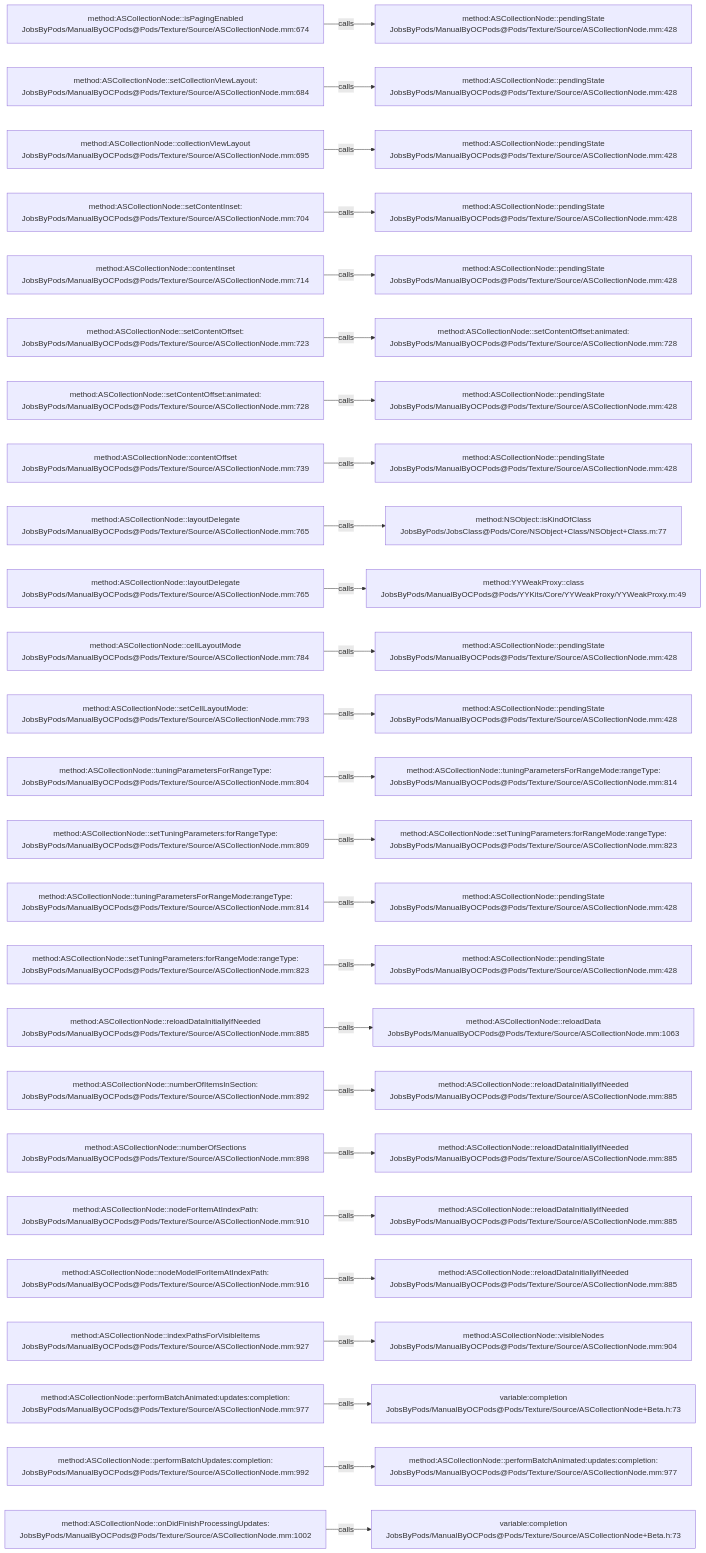
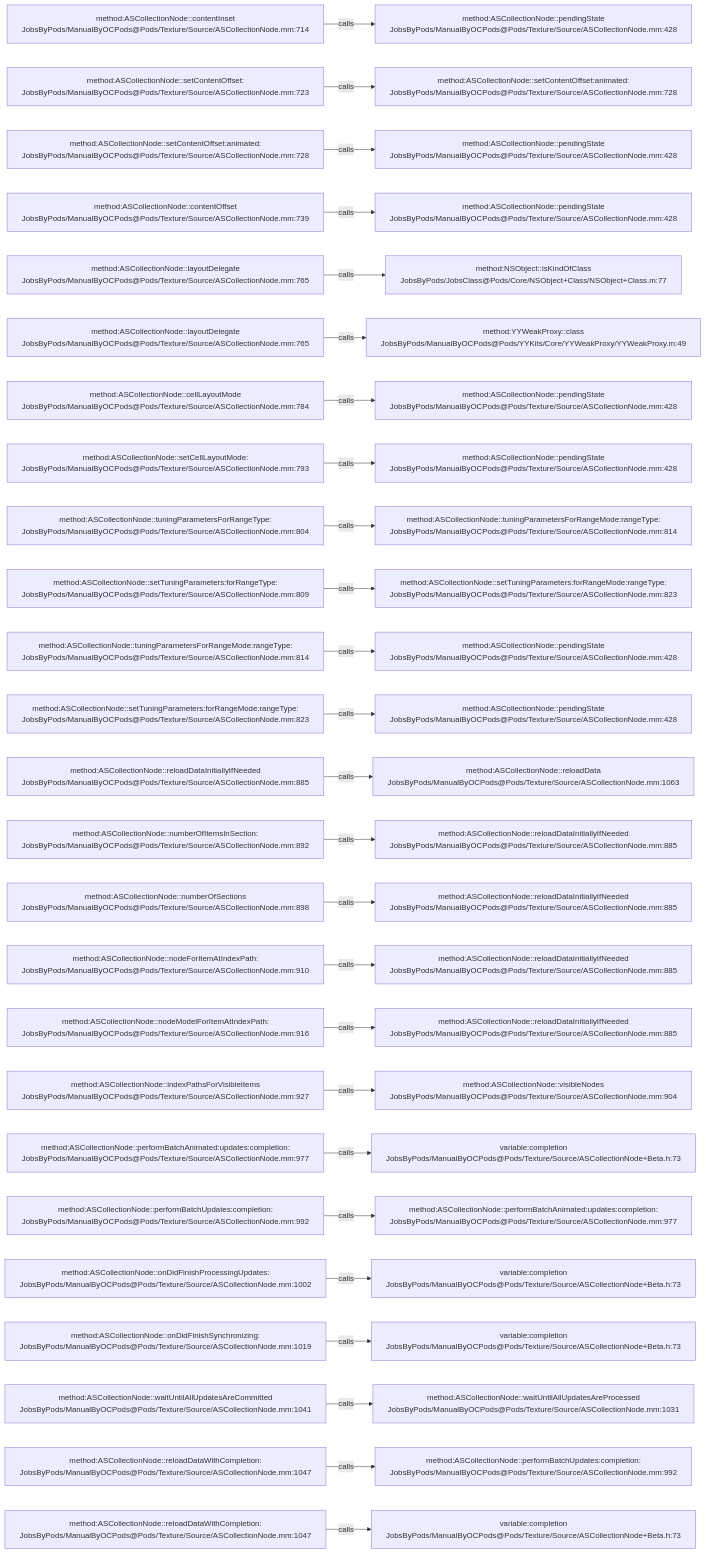
Before and after one commit to JobsKits/JobsOCBaseConfigDemo: the diagram in .codegraph/codegraph.md/graphs/calls-076.md, drawn with Mermaid. The commit also changed 727 other files, not shown here.

````diff
--- a/.codegraph/codegraph.md/graphs/calls-076.md
+++ b/.codegraph/codegraph.md/graphs/calls-076.md
@@ -13,78 +13,78 @@
 ```mermaid
 flowchart LR
-  S1["method:ASCollectionNode::isPagingEnabled<br/>JobsByPods/ManualByOCPods@Pods/Texture/Source/ASCollectionNode.mm:674"]
+  S1["method:ASCollectionNode::contentInset<br/>JobsByPods/ManualByOCPods@Pods/Texture/Source/ASCollectionNode.mm:714"]
   T1["method:ASCollectionNode::pendingState<br/>JobsByPods/ManualByOCPods@Pods/Texture/Source/ASCollectionNode.mm:428"]
   S1 -->|calls| T1
-  S2["method:ASCollectionNode::setCollectionViewLayout:<br/>JobsByPods/ManualByOCPods@Pods/Texture/Source/ASCollectionNode.mm:684"]
-  T2["method:ASCollectionNode::pendingState<br/>JobsByPods/ManualByOCPods@Pods/Texture/Source/ASCollectionNode.mm:428"]
+  S2["method:ASCollectionNode::setContentOffset:<br/>JobsByPods/ManualByOCPods@Pods/Texture/Source/ASCollectionNode.mm:723"]
+  T2["method:ASCollectionNode::setContentOffset:animated:<br/>JobsByPods/ManualByOCPods@Pods/Texture/Source/ASCollectionNode.mm:728"]
   S2 -->|calls| T2
-  S3["method:ASCollectionNode::collectionViewLayout<br/>JobsByPods/ManualByOCPods@Pods/Texture/Source/ASCollectionNode.mm:695"]
+  S3["method:ASCollectionNode::setContentOffset:animated:<br/>JobsByPods/ManualByOCPods@Pods/Texture/Source/ASCollectionNode.mm:728"]
   T3["method:ASCollectionNode::pendingState<br/>JobsByPods/ManualByOCPods@Pods/Texture/Source/ASCollectionNode.mm:428"]
   S3 -->|calls| T3
-  S4["method:ASCollectionNode::setContentInset:<br/>JobsByPods/ManualByOCPods@Pods/Texture/Source/ASCollectionNode.mm:704"]
+  S4["method:ASCollectionNode::contentOffset<br/>JobsByPods/ManualByOCPods@Pods/Texture/Source/ASCollectionNode.mm:739"]
   T4["method:ASCollectionNode::pendingState<br/>JobsByPods/ManualByOCPods@Pods/Texture/Source/ASCollectionNode.mm:428"]
   S4 -->|calls| T4
-  S5["method:ASCollectionNode::contentInset<br/>JobsByPods/ManualByOCPods@Pods/Texture/Source/ASCollectionNode.mm:714"]
-  T5["method:ASCollectionNode::pendingState<br/>JobsByPods/ManualByOCPods@Pods/Texture/Source/ASCollectionNode.mm:428"]
+  S5["method:ASCollectionNode::layoutDelegate<br/>JobsByPods/ManualByOCPods@Pods/Texture/Source/ASCollectionNode.mm:765"]
+  T5["method:NSObject::isKindOfClass<br/>JobsByPods/JobsClass@Pods/Core/NSObject+Class/NSObject+Class.m:77"]
   S5 -->|calls| T5
-  S6["method:ASCollectionNode::setContentOffset:<br/>JobsByPods/ManualByOCPods@Pods/Texture/Source/ASCollectionNode.mm:723"]
-  T6["method:ASCollectionNode::setContentOffset:animated:<br/>JobsByPods/ManualByOCPods@Pods/Texture/Source/ASCollectionNode.mm:728"]
+  S6["method:ASCollectionNode::layoutDelegate<br/>JobsByPods/ManualByOCPods@Pods/Texture/Source/ASCollectionNode.mm:765"]
+  T6["method:YYWeakProxy::class<br/>JobsByPods/ManualByOCPods@Pods/YYKits/Core/YYWeakProxy/YYWeakProxy.m:49"]
   S6 -->|calls| T6
-  S7["method:ASCollectionNode::setContentOffset:animated:<br/>JobsByPods/ManualByOCPods@Pods/Texture/Source/ASCollectionNode.mm:728"]
+  S7["method:ASCollectionNode::cellLayoutMode<br/>JobsByPods/ManualByOCPods@Pods/Texture/Source/ASCollectionNode.mm:784"]
   T7["method:ASCollectionNode::pendingState<br/>JobsByPods/ManualByOCPods@Pods/Texture/Source/ASCollectionNode.mm:428"]
   S7 -->|calls| T7
-  S8["method:ASCollectionNode::contentOffset<br/>JobsByPods/ManualByOCPods@Pods/Texture/Source/ASCollectionNode.mm:739"]
+  S8["method:ASCollectionNode::setCellLayoutMode:<br/>JobsByPods/ManualByOCPods@Pods/Texture/Source/ASCollectionNode.mm:793"]
   T8["method:ASCollectionNode::pendingState<br/>JobsByPods/ManualByOCPods@Pods/Texture/Source/ASCollectionNode.mm:428"]
   S8 -->|calls| T8
-  S9["method:ASCollectionNode::layoutDelegate<br/>JobsByPods/ManualByOCPods@Pods/Texture/Source/ASCollectionNode.mm:765"]
-  T9["method:NSObject::isKindOfClass<br/>JobsByPods/JobsClass@Pods/Core/NSObject+Class/NSObject+Class.m:77"]
+  S9["method:ASCollectionNode::tuningParametersForRangeType:<br/>JobsByPods/ManualByOCPods@Pods/Texture/Source/ASCollectionNode.mm:804"]
+  T9["method:ASCollectionNode::tuningParametersForRangeMode:rangeType:<br/>JobsByPods/ManualByOCPods@Pods/Texture/Source/ASCollectionNode.mm:814"]
   S9 -->|calls| T9
-  S10["method:ASCollectionNode::layoutDelegate<br/>JobsByPods/ManualByOCPods@Pods/Texture/Source/ASCollectionNode.mm:765"]
-  T10["method:YYWeakProxy::class<br/>JobsByPods/ManualByOCPods@Pods/YYKits/Core/YYWeakProxy/YYWeakProxy.m:49"]
+  S10["method:ASCollectionNode::setTuningParameters:forRangeType:<br/>JobsByPods/ManualByOCPods@Pods/Texture/Source/ASCollectionNode.mm:809"]
+  T10["method:ASCollectionNode::setTuningParameters:forRangeMode:rangeType:<br/>JobsByPods/ManualByOCPods@Pods/Texture/Source/ASCollectionNode.mm:823"]
   S10 -->|calls| T10
-  S11["method:ASCollectionNode::cellLayoutMode<br/>JobsByPods/ManualByOCPods@Pods/Texture/Source/ASCollectionNode.mm:784"]
+  S11["method:ASCollectionNode::tuningParametersForRangeMode:rangeType:<br/>JobsByPods/ManualByOCPods@Pods/Texture/Source/ASCollectionNode.mm:814"]
   T11["method:ASCollectionNode::pendingState<br/>JobsByPods/ManualByOCPods@Pods/Texture/Source/ASCollectionNode.mm:428"]
   S11 -->|calls| T11
-  S12["method:ASCollectionNode::setCellLayoutMode:<br/>JobsByPods/ManualByOCPods@Pods/Texture/Source/ASCollectionNode.mm:793"]
+  S12["method:ASCollectionNode::setTuningParameters:forRangeMode:rangeType:<br/>JobsByPods/ManualByOCPods@Pods/Texture/Source/ASCollectionNode.mm:823"]
   T12["method:ASCollectionNode::pendingState<br/>JobsByPods/ManualByOCPods@Pods/Texture/Source/ASCollectionNode.mm:428"]
   S12 -->|calls| T12
-  S13["method:ASCollectionNode::tuningParametersForRangeType:<br/>JobsByPods/ManualByOCPods@Pods/Texture/Source/ASCollectionNode.mm:804"]
-  T13["method:ASCollectionNode::tuningParametersForRangeMode:rangeType:<br/>JobsByPods/ManualByOCPods@Pods/Texture/Source/ASCollectionNode.mm:814"]
+  S13["method:ASCollectionNode::reloadDataInitiallyIfNeeded<br/>JobsByPods/ManualByOCPods@Pods/Texture/Source/ASCollectionNode.mm:885"]
+  T13["method:ASCollectionNode::reloadData<br/>JobsByPods/ManualByOCPods@Pods/Texture/Source/ASCollectionNode.mm:1063"]
   S13 -->|calls| T13
-  S14["method:ASCollectionNode::setTuningParameters:forRangeType:<br/>JobsByPods/ManualByOCPods@Pods/Texture/Source/ASCollectionNode.mm:809"]
-  T14["method:ASCollectionNode::setTuningParameters:forRangeMode:rangeType:<br/>JobsByPods/ManualByOCPods@Pods/Texture/Source/ASCollectionNode.mm:823"]
+  S14["method:ASCollectionNode::numberOfItemsInSection:<br/>JobsByPods/ManualByOCPods@Pods/Texture/Source/ASCollectionNode.mm:892"]
+  T14["method:ASCollectionNode::reloadDataInitiallyIfNeeded<br/>JobsByPods/ManualByOCPods@Pods/Texture/Source/ASCollectionNode.mm:885"]
   S14 -->|calls| T14
-  S15["method:ASCollectionNode::tuningParametersForRangeMode:rangeType:<br/>JobsByPods/ManualByOCPods@Pods/Texture/Source/ASCollectionNode.mm:814"]
-  T15["method:ASCollectionNode::pendingState<br/>JobsByPods/ManualByOCPods@Pods/Texture/Source/ASCollectionNode.mm:428"]
+  S15["method:ASCollectionNode::numberOfSections<br/>JobsByPods/ManualByOCPods@Pods/Texture/Source/ASCollectionNode.mm:898"]
+  T15["method:ASCollectionNode::reloadDataInitiallyIfNeeded<br/>JobsByPods/ManualByOCPods@Pods/Texture/Source/ASCollectionNode.mm:885"]
   S15 -->|calls| T15
-  S16["method:ASCollectionNode::setTuningParameters:forRangeMode:rangeType:<br/>JobsByPods/ManualByOCPods@Pods/Texture/Source/ASCollectionNode.mm:823"]
-  T16["method:ASCollectionNode::pendingState<br/>JobsByPods/ManualByOCPods@Pods/Texture/Source/ASCollectionNode.mm:428"]
+  S16["method:ASCollectionNode::nodeForItemAtIndexPath:<br/>JobsByPods/ManualByOCPods@Pods/Texture/Source/ASCollectionNode.mm:910"]
+  T16["method:ASCollectionNode::reloadDataInitiallyIfNeeded<br/>JobsByPods/ManualByOCPods@Pods/Texture/Source/ASCollectionNode.mm:885"]
   S16 -->|calls| T16
-  S17["method:ASCollectionNode::reloadDataInitiallyIfNeeded<br/>JobsByPods/ManualByOCPods@Pods/Texture/Source/ASCollectionNode.mm:885"]
-  T17["method:ASCollectionNode::reloadData<br/>JobsByPods/ManualByOCPods@Pods/Texture/Source/ASCollectionNode.mm:1063"]
+  S17["method:ASCollectionNode::nodeModelForItemAtIndexPath:<br/>JobsByPods/ManualByOCPods@Pods/Texture/Source/ASCollectionNode.mm:916"]
+  T17["method:ASCollectionNode::reloadDataInitiallyIfNeeded<br/>JobsByPods/ManualByOCPods@Pods/Texture/Source/ASCollectionNode.mm:885"]
   S17 -->|calls| T17
-  S18["method:ASCollectionNode::numberOfItemsInSection:<br/>JobsByPods/ManualByOCPods@Pods/Texture/Source/ASCollectionNode.mm:892"]
-  T18["method:ASCollectionNode::reloadDataInitiallyIfNeeded<br/>JobsByPods/ManualByOCPods@Pods/Texture/Source/ASCollectionNode.mm:885"]
+  S18["method:ASCollectionNode::indexPathsForVisibleItems<br/>JobsByPods/ManualByOCPods@Pods/Texture/Source/ASCollectionNode.mm:927"]
+  T18["method:ASCollectionNode::visibleNodes<br/>JobsByPods/ManualByOCPods@Pods/Texture/Source/ASCollectionNode.mm:904"]
   S18 -->|calls| T18
-  S19["method:ASCollectionNode::numberOfSections<br/>JobsByPods/ManualByOCPods@Pods/Texture/Source/ASCollectionNode.mm:898"]
-  T19["method:ASCollectionNode::reloadDataInitiallyIfNeeded<br/>JobsByPods/ManualByOCPods@Pods/Texture/Source/ASCollectionNode.mm:885"]
+  S19["method:ASCollectionNode::performBatchAnimated:updates:completion:<br/>JobsByPods/ManualByOCPods@Pods/Texture/Source/ASCollectionNode.mm:977"]
+  T19["variable:completion<br/>JobsByPods/ManualByOCPods@Pods/Texture/Source/ASCollectionNode+Beta.h:73"]
   S19 -->|calls| T19
-  S20["method:ASCollectionNode::nodeForItemAtIndexPath:<br/>JobsByPods/ManualByOCPods@Pods/Texture/Source/ASCollectionNode.mm:910"]
-  T20["method:ASCollectionNode::reloadDataInitiallyIfNeeded<br/>JobsByPods/ManualByOCPods@Pods/Texture/Source/ASCollectionNode.mm:885"]
+  S20["method:ASCollectionNode::performBatchUpdates:completion:<br/>JobsByPods/ManualByOCPods@Pods/Texture/Source/ASCollectionNode.mm:992"]
+  T20["method:ASCollectionNode::performBatchAnimated:updates:completion:<br/>JobsByPods/ManualByOCPods@Pods/Texture/Source/ASCollectionNode.mm:977"]
   S20 -->|calls| T20
-  S21["method:ASCollectionNode::nodeModelForItemAtIndexPath:<br/>JobsByPods/ManualByOCPods@Pods/Texture/Source/ASCollectionNode.mm:916"]
-  T21["method:ASCollectionNode::reloadDataInitiallyIfNeeded<br/>JobsByPods/ManualByOCPods@Pods/Texture/Source/ASCollectionNode.mm:885"]
+  S21["method:ASCollectionNode::onDidFinishProcessingUpdates:<br/>JobsByPods/ManualByOCPods@Pods/Texture/Source/ASCollectionNode.mm:1002"]
+  T21["variable:completion<br/>JobsByPods/ManualByOCPods@Pods/Texture/Source/ASCollectionNode+Beta.h:73"]
   S21 -->|calls| T21
-  S22["method:ASCollectionNode::indexPathsForVisibleItems<br/>JobsByPods/ManualByOCPods@Pods/Texture/Source/ASCollectionNode.mm:927"]
-  T22["method:ASCollectionNode::visibleNodes<br/>JobsByPods/ManualByOCPods@Pods/Texture/Source/ASCollectionNode.mm:904"]
+  S22["method:ASCollectionNode::onDidFinishSynchronizing:<br/>JobsByPods/ManualByOCPods@Pods/Texture/Source/ASCollectionNode.mm:1019"]
+  T22["variable:completion<br/>JobsByPods/ManualByOCPods@Pods/Texture/Source/ASCollectionNode+Beta.h:73"]
   S22 -->|calls| T22
-  S23["method:ASCollectionNode::performBatchAnimated:updates:completion:<br/>JobsByPods/ManualByOCPods@Pods/Texture/Source/ASCollectionNode.mm:977"]
-  T23["variable:completion<br/>JobsByPods/ManualByOCPods@Pods/Texture/Source/ASCollectionNode+Beta.h:73"]
+  S23["method:ASCollectionNode::waitUntilAllUpdatesAreCommitted<br/>JobsByPods/ManualByOCPods@Pods/Texture/Source/ASCollectionNode.mm:1041"]
+  T23["method:ASCollectionNode::waitUntilAllUpdatesAreProcessed<br/>JobsByPods/ManualByOCPods@Pods/Texture/Source/ASCollectionNode.mm:1031"]
   S23 -->|calls| T23
-  S24["method:ASCollectionNode::performBatchUpdates:completion:<br/>JobsByPods/ManualByOCPods@Pods/Texture/Source/ASCollectionNode.mm:992"]
-  T24["method:ASCollectionNode::performBatchAnimated:updates:completion:<br/>JobsByPods/ManualByOCPods@Pods/Texture/Source/ASCollectionNode.mm:977"]
+  S24["method:ASCollectionNode::reloadDataWithCompletion:<br/>JobsByPods/ManualByOCPods@Pods/Texture/Source/ASCollectionNode.mm:1047"]
+  T24["method:ASCollectionNode::performBatchUpdates:completion:<br/>JobsByPods/ManualByOCPods@Pods/Texture/Source/ASCollectionNode.mm:992"]
   S24 -->|calls| T24
-  S25["method:ASCollectionNode::onDidFinishProcessingUpdates:<br/>JobsByPods/ManualByOCPods@Pods/Texture/Source/ASCollectionNode.mm:1002"]
+  S25["method:ASCollectionNode::reloadDataWithCompletion:<br/>JobsByPods/ManualByOCPods@Pods/Texture/Source/ASCollectionNode.mm:1047"]
   T25["variable:completion<br/>JobsByPods/ManualByOCPods@Pods/Texture/Source/ASCollectionNode+Beta.h:73"]
   S25 -->|calls| T25
 ```
````
